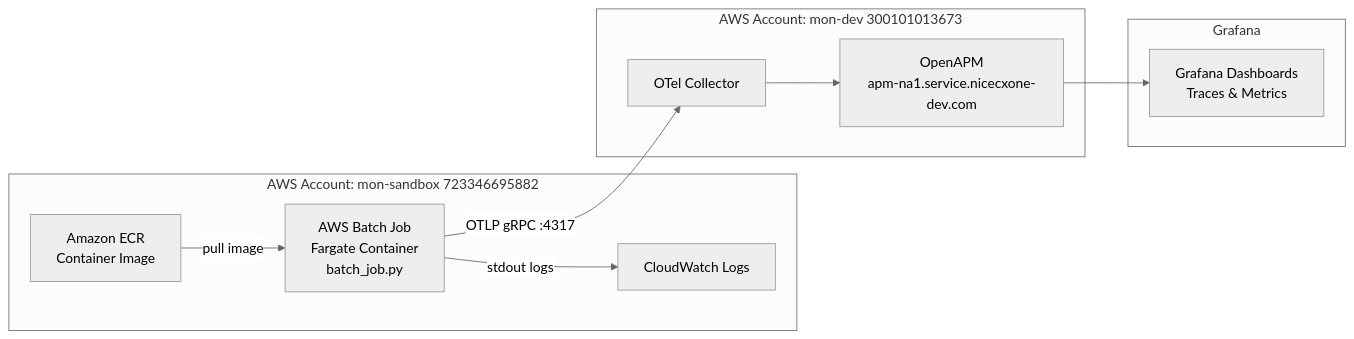
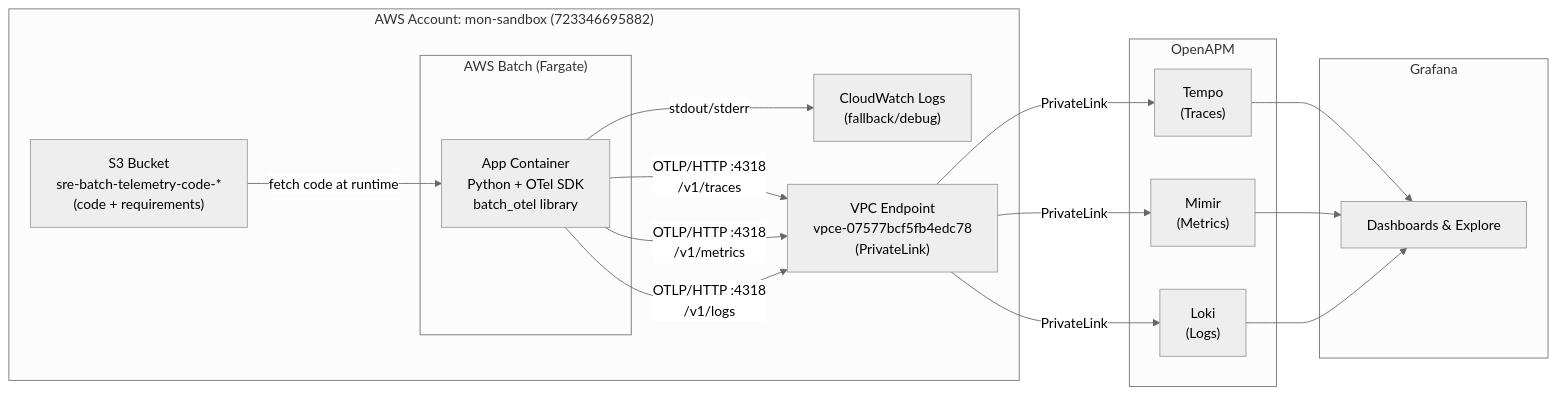
The diagram in README.md (npawar-incontact01/sre-aws-batch-telemetry-openapm), drawn with Mermaid (neutral theme) before and after one commit. The commit also changed other lines of this file and 17 other files, not shown here.

````diff
--- a/README.md
+++ b/README.md
@@ -21,23 +32,33 @@
 ```mermaid
 graph LR
-    subgraph mon-sandbox [AWS Account: mon-sandbox 723346695882]
-        BJ[AWS Batch Job\nFargate Container\nbatch_job.py]
-        ECR[Amazon ECR\nContainer Image]
-        CW[CloudWatch Logs]
+    subgraph mon-sandbox ["AWS Account: mon-sandbox (723346695882)"]
+        subgraph batch ["AWS Batch (Fargate)"]
+            APP["App Container<br/>Python + OTel SDK<br/>batch_otel library"]
+        end
+        S3["S3 Bucket<br/>sre-batch-telemetry-code-*<br/>(code + requirements)"]
+        CW["CloudWatch Logs<br/>(fallback/debug)"]
+        VPCE["VPC Endpoint<br/>vpce-07577bcf5fb4edc78<br/>(PrivateLink)"]
     end
 
-    subgraph mon-dev [AWS Account: mon-dev 300101013673]
-        OC[OTel Collector]
-        APM[OpenAPM\napm-na1.service.nicecxone-dev.com]
+    subgraph openapm ["OpenAPM"]
+        TEMPO["Tempo<br/>(Traces)"]
+        MIMIR["Mimir<br/>(Metrics)"]
+        LOKI["Loki<br/>(Logs)"]
     end
 
-    subgraph Grafana
-        G[Grafana Dashboards\nTraces & Metrics]
+    subgraph grafana ["Grafana"]
+        G["Dashboards & Explore"]
     end
 
-    ECR -->|pull image| BJ
-    BJ -->|OTLP gRPC :4317| OC
-    BJ -->|stdout logs| CW
-    OC --> APM
-    APM --> G
+    S3 -->|"fetch code at runtime"| APP
+    APP -->|"stdout/stderr"| CW
+    APP -->|"OTLP/HTTP :4318<br/>/v1/traces"| VPCE
+    APP -->|"OTLP/HTTP :4318<br/>/v1/metrics"| VPCE
+    APP -->|"OTLP/HTTP :4318<br/>/v1/logs"| VPCE
+    VPCE -->|PrivateLink| TEMPO
+    VPCE -->|PrivateLink| MIMIR
+    VPCE -->|PrivateLink| LOKI
+    TEMPO --> G
+    MIMIR --> G
+    LOKI --> G
 ```
````
